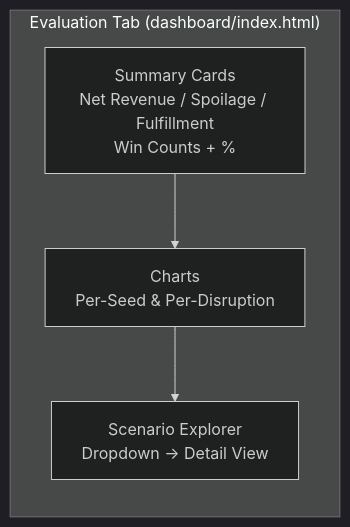
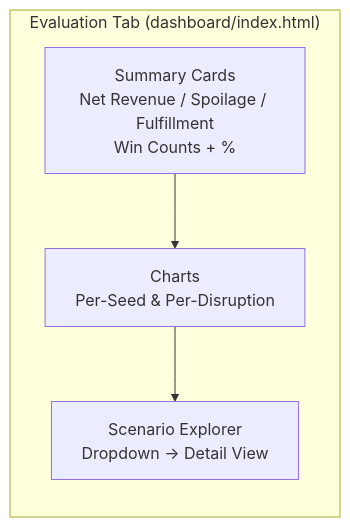
One commit to the-nidhi-bhat/Aurenza changed the eighth of 10 diagrams in README.md. Above: the diagram before and after it, drawn with Mermaid. The commit also changed other lines of this file, not shown here.

Commit message:
README: fix Mermaid diagrams for GitHub rendering (replace \n with <br/>, remove special chars, replace timeline with table)

````diff
--- a/README.md
+++ b/README.md
@@ -322,12 +322,11 @@
 ```mermaid
-%%{init: {'theme': 'dark', 'themeVariables': { 'primaryColor': '#1e293b', 'secondaryColor': '#334155', 'tertiaryColor': '#0f172a' }}}%%
 graph LR
     subgraph EvalUI["Evaluation Tab (dashboard/index.html)"]
-        EC[Summary Cards\nNet Revenue / Spoilage / Fulfillment\nWin Counts + %]
-        CH[Charts\nPer-Seed & Per-Disruption]
-        SE[Scenario Explorer\nDropdown → Detail View]
+        EC["Summary Cards<br/>Net Revenue / Spoilage / Fulfillment<br/>Win Counts + %"]
+        CH["Charts<br/>Per-Seed & Per-Disruption"]
+        SE["Scenario Explorer<br/>Dropdown -> Detail View"]
     end
 
     EC --> CH
     CH --> SE
 ```
````
